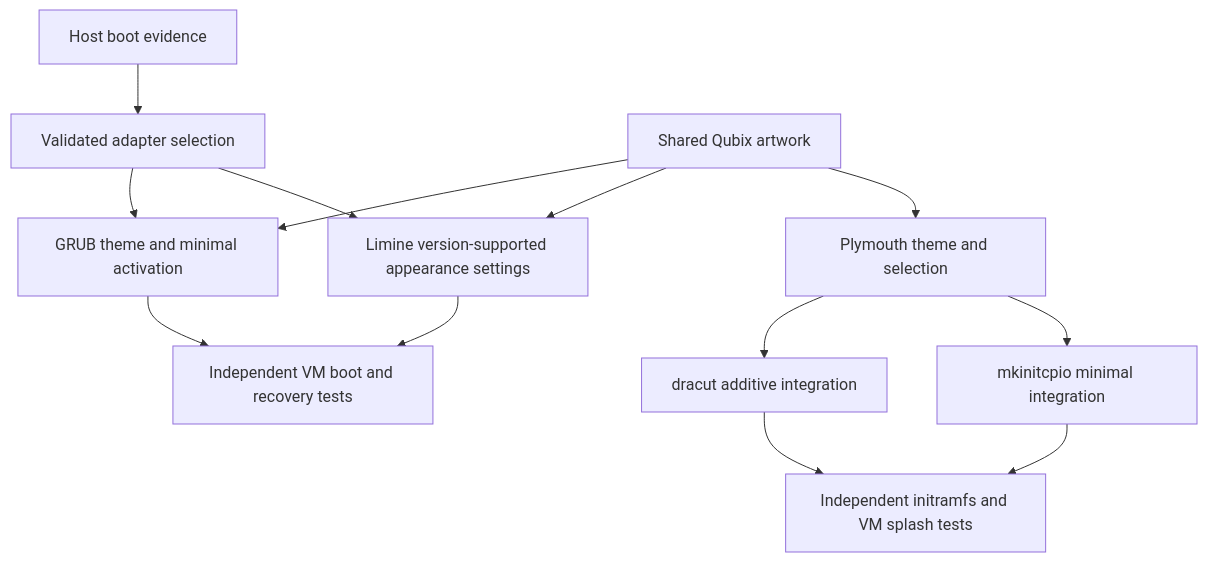
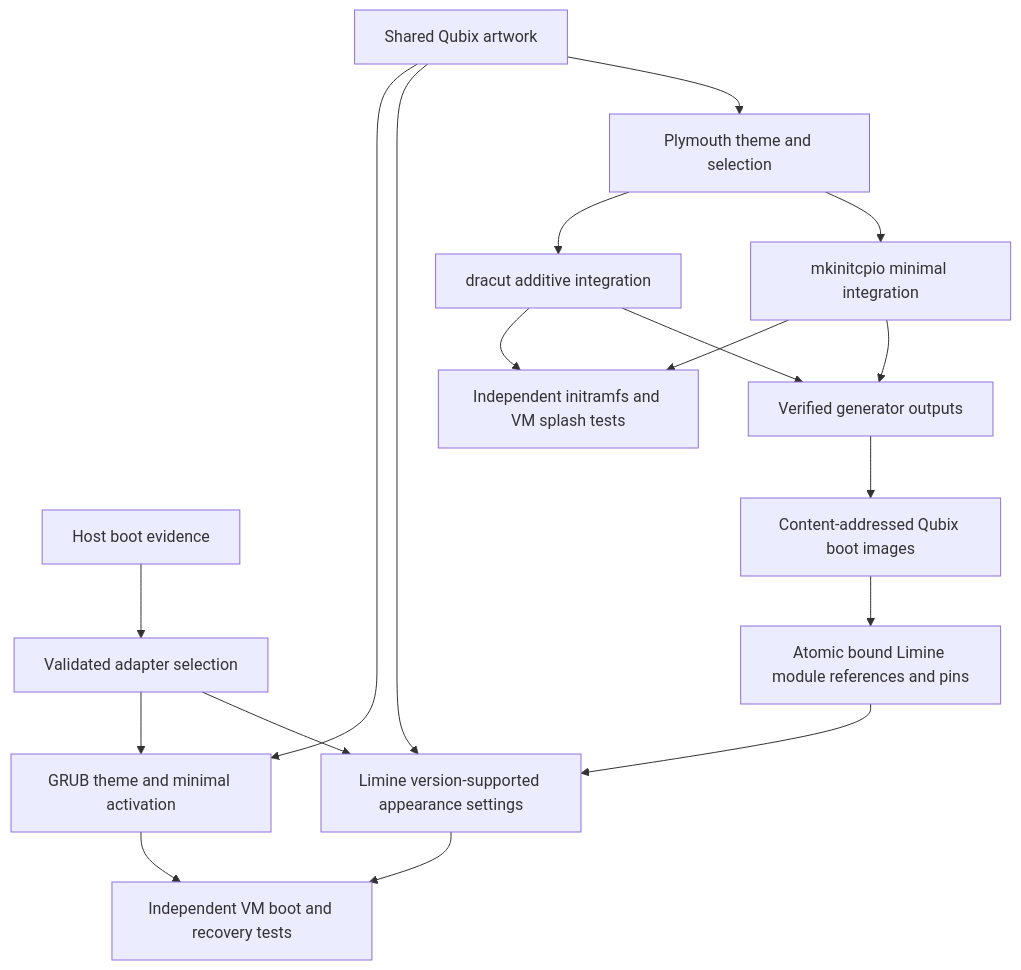
One commit to Qubik65536/qubix-os-playbook changed the diagram in docs/architecture/boot.md. Above: the diagram before and after it, drawn with Mermaid. The commit also changed other lines of this file and 43 other files, not shown here.

Commit message:
fix(plymouth): activate verified Limine boot images

````diff
--- a/docs/architecture/boot.md
+++ b/docs/architecture/boot.md
@@ -5,15 +5,20 @@
 ```mermaid
 flowchart TD
     Evidence[Host boot evidence] --> Choice[Validated adapter selection]
     Choice --> GRUB[GRUB theme and minimal activation]
     Choice --> Limine[Limine version-supported appearance settings]
     Assets[Shared Qubix artwork] --> GRUB
     Assets --> Limine
     Assets --> Plymouth[Plymouth theme and selection]
     Plymouth --> Dracut[dracut additive integration]
     Plymouth --> Mkinitcpio[mkinitcpio minimal integration]
     GRUB --> BootTest[Independent VM boot and recovery tests]
     Limine --> BootTest
     Dracut --> SplashTest[Independent initramfs and VM splash tests]
     Mkinitcpio --> SplashTest
+    Dracut --> Images[Verified generator outputs]
+    Mkinitcpio --> Images
+    Images --> Stages[Content-addressed Qubix boot images]
+    Stages --> Pins[Atomic bound Limine module references and pins]
+    Pins --> Limine
 ```
````
